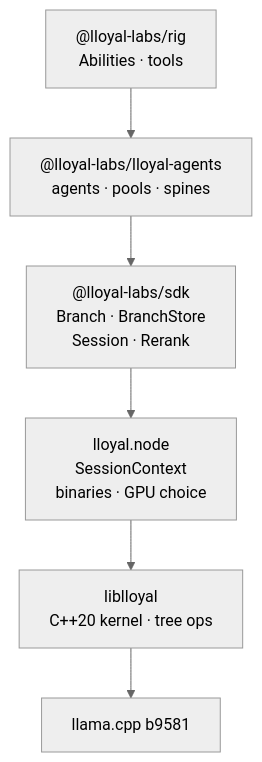
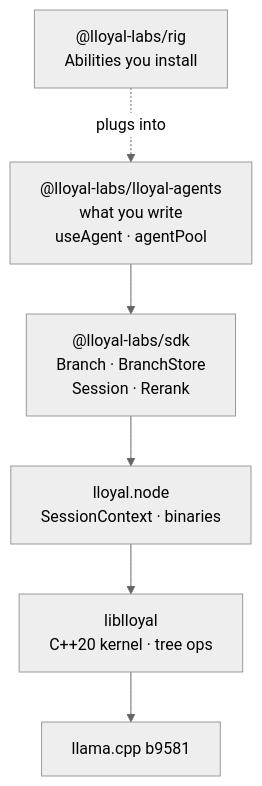
The diagram in README.md (lloyal-ai/lloyal.node), drawn with Mermaid (neutral theme) before and after one commit. The commit also changed other lines of this file, not shown here.

Commit message:
docs(readme): draw the stack as the developer meets it
The diagram was a dependency graph wearing a mental-model heading. rig sat on
top because rig imports agents — true, and useless to a reader, who never
encounters the ecosystem in link order.

Now it reads as the path you actually take: you write agents, Abilities plug
into them, and everything from the SDK down is machinery you rarely touch.
rig hangs off agents on a dotted "plugs into" edge rather than looming above
it, because installing an Ability is a thing you add, not a layer you pass
through.

Dropped the footnote about dependencies running the other way — a README is
for the mental model, and package.json already holds the mechanical order.

Labels kept to 26 characters per line, the width that renders unclipped.

````diff
--- a/README.md
+++ b/README.md
@@ -70,8 +70,8 @@
 ```mermaid
 flowchart TD
-    A["@lloyal-labs/rig<br/>Abilities · tools"] --> B["@lloyal-labs/lloyal-agents<br/>agents · pools · spines"]
-    B --> C["@lloyal-labs/sdk<br/>Branch · BranchStore<br/>Session · Rerank"]
-    C --> D["lloyal.node<br/>SessionContext<br/>binaries · GPU choice"]
+    B["@lloyal-labs/lloyal-agents<br/>what you write<br/>useAgent · agentPool"] --> C["@lloyal-labs/sdk<br/>Branch · BranchStore<br/>Session · Rerank"]
+    R["@lloyal-labs/rig<br/>Abilities you install"] -. plugs into .-> B
+    C --> D["lloyal.node<br/>SessionContext · binaries"]
     D --> E["liblloyal<br/>C++20 kernel · tree ops"]
     E --> F["llama.cpp b9581"]
 ```
````
